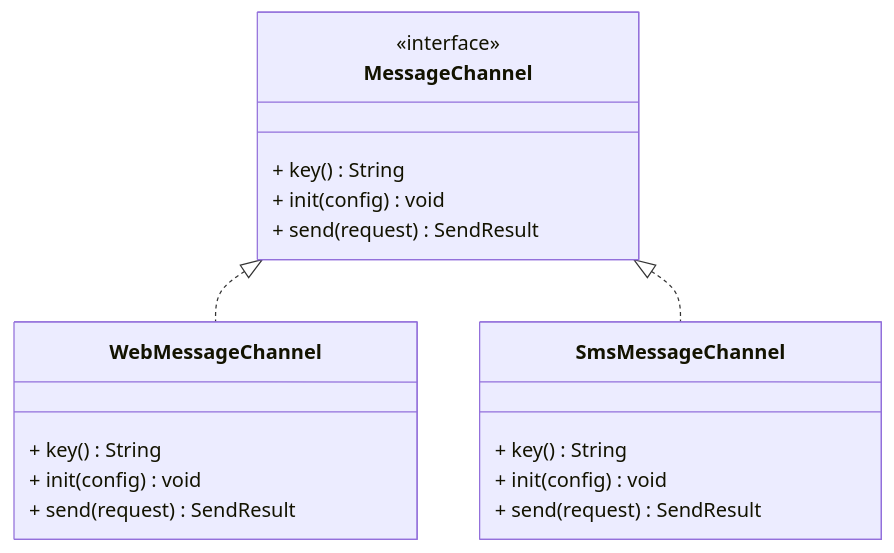
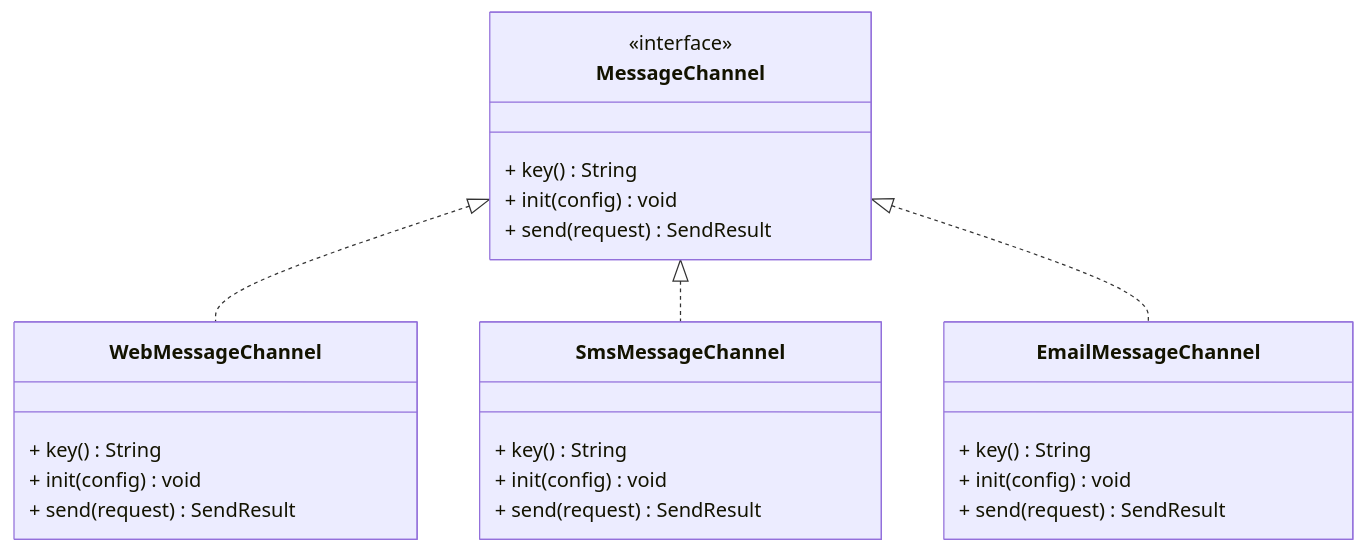
The fifth of 7 diagrams in .qoder/repowiki/zh/content/后端框架详解/专用功能模块/消息通知模块.md (yaomindong1996/forge-admin), drawn with Mermaid before and after one commit. The commit also changed other lines of this file and 57 other files, not shown here.

````diff
--- a/.qoder/repowiki/zh/content/后端框架详解/专用功能模块/消息通知模块.md
+++ b/.qoder/repowiki/zh/content/后端框架详解/专用功能模块/消息通知模块.md
@@ -198,21 +245,27 @@
 ```mermaid
 classDiagram
 class MessageChannel {
 <<interface>>
 + key() String
 + init(config) void
 + send(request) SendResult
 }
 class WebMessageChannel {
 + key() String
 + init(config) void
 + send(request) SendResult
 }
 class SmsMessageChannel {
 + key() String
 + init(config) void
 + send(request) SendResult
 }
+class EmailMessageChannel {
++ key() String
++ init(config) void
++ send(request) SendResult
+}
 MessageChannel <|.. WebMessageChannel
 MessageChannel <|.. SmsMessageChannel
+MessageChannel <|.. EmailMessageChannel
 ```
````
